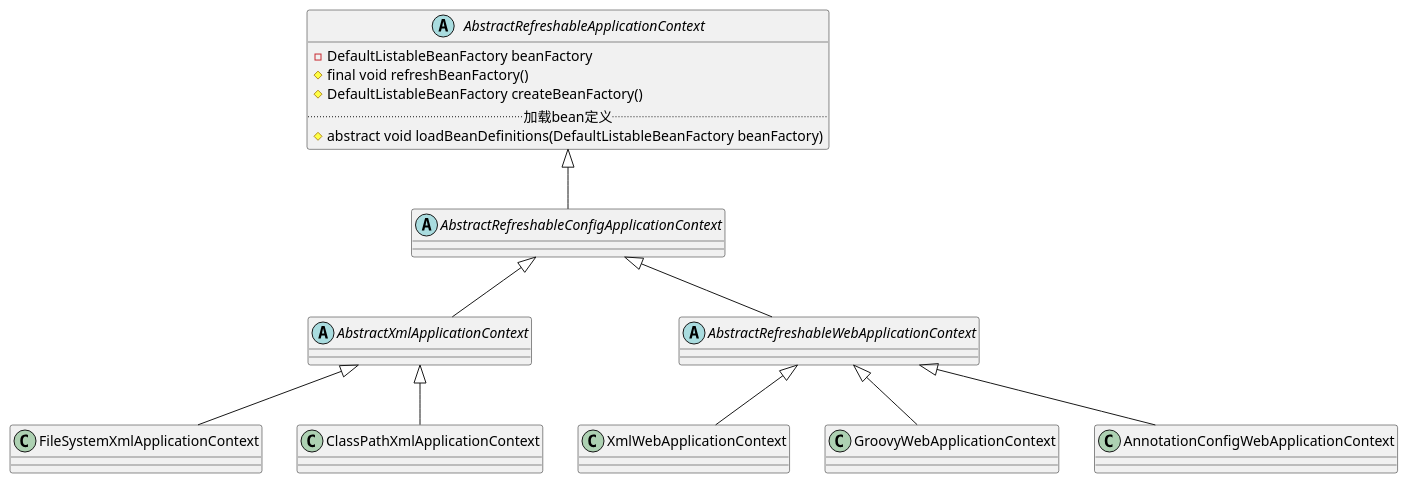
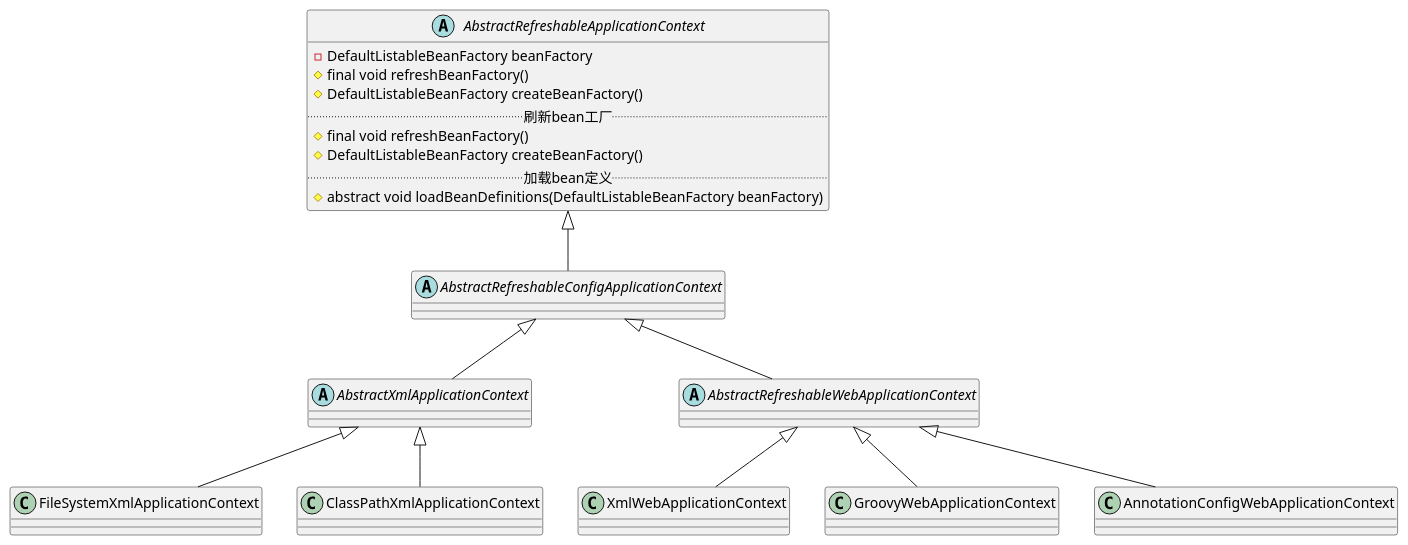
Before and after one commit to onlyonion/development: the diagram in 20-framework/src/spring/spring-context/context/support/AbstractRefreshableApplicationContext.md, drawn with PlantUML. The commit also changed other lines of this file and 15 other files, not shown here.

````diff
--- a/20-framework/src/spring/spring-context/context/support/AbstractRefreshableApplicationContext.md
+++ b/20-framework/src/spring/spring-context/context/support/AbstractRefreshableApplicationContext.md
@@ -22,29 +27,32 @@
 ```plantuml
 @startuml
 
 abstract class AbstractRefreshableApplicationContext {
     - DefaultListableBeanFactory beanFactory
+    # final void refreshBeanFactory()
+    # DefaultListableBeanFactory createBeanFactory()
+    .. 刷新bean工厂 ..
     # final void refreshBeanFactory()
     # DefaultListableBeanFactory createBeanFactory()
     .. 加载bean定义 ..
     # abstract void loadBeanDefinitions(DefaultListableBeanFactory beanFactory)
 }
 
 abstract class AbstractRefreshableConfigApplicationContext
 AbstractRefreshableApplicationContext ^-- AbstractRefreshableConfigApplicationContext
 
 ''''''''''''''''''''''''''AbstractXmlApplicationContext''''''''''''''''''''''''''
 abstract class AbstractXmlApplicationContext
 AbstractRefreshableConfigApplicationContext ^-- AbstractXmlApplicationContext
 AbstractXmlApplicationContext ^-- FileSystemXmlApplicationContext
 AbstractXmlApplicationContext ^-- ClassPathXmlApplicationContext
 
 ''''''''''''''''''''''''''AbstractRefreshableWebApplicationContext''''''''''''''''''''''''''
 abstract class AbstractRefreshableWebApplicationContext
 AbstractRefreshableConfigApplicationContext ^-- AbstractRefreshableWebApplicationContext
 AbstractRefreshableWebApplicationContext ^-- XmlWebApplicationContext
 AbstractRefreshableWebApplicationContext ^-- GroovyWebApplicationContext
 AbstractRefreshableWebApplicationContext ^-- AnnotationConfigWebApplicationContext
 
 @enduml
 ```
````
